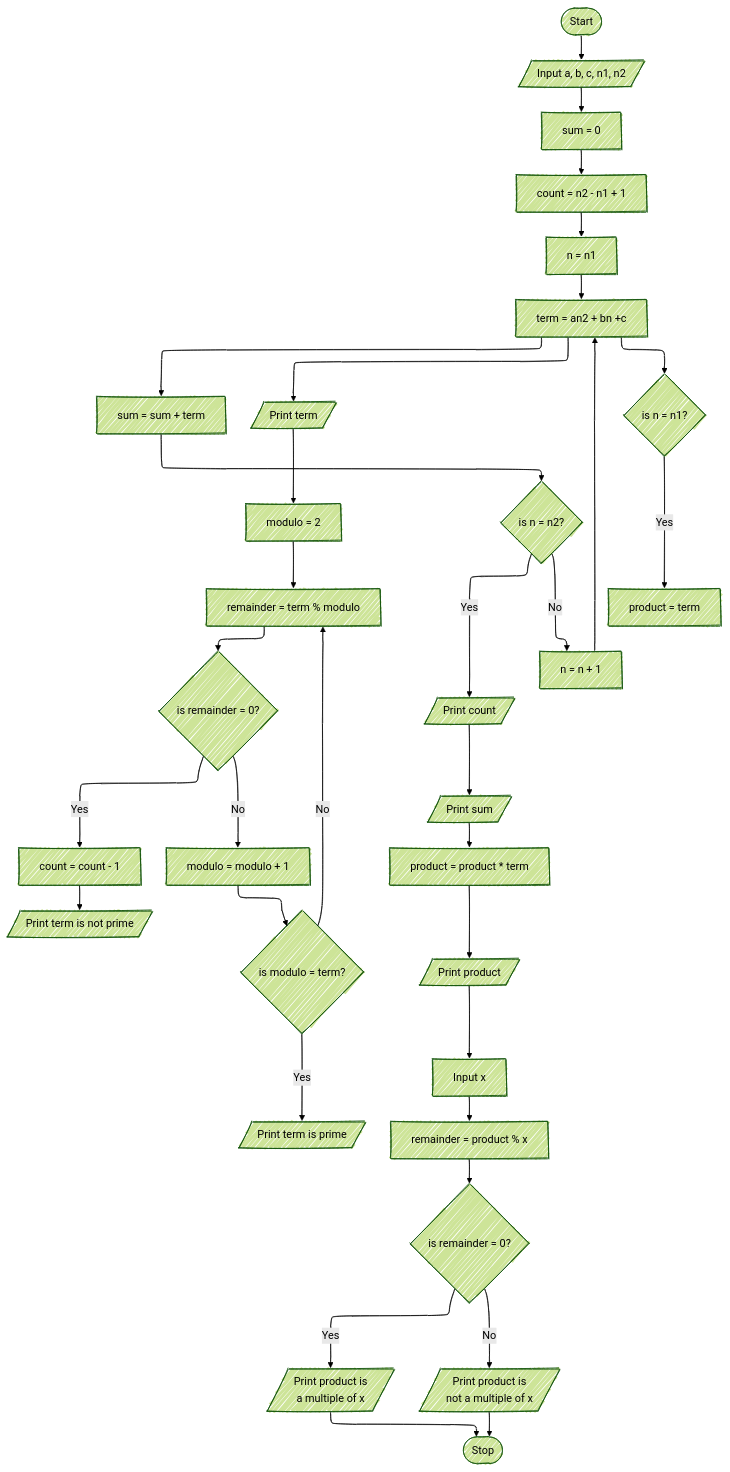
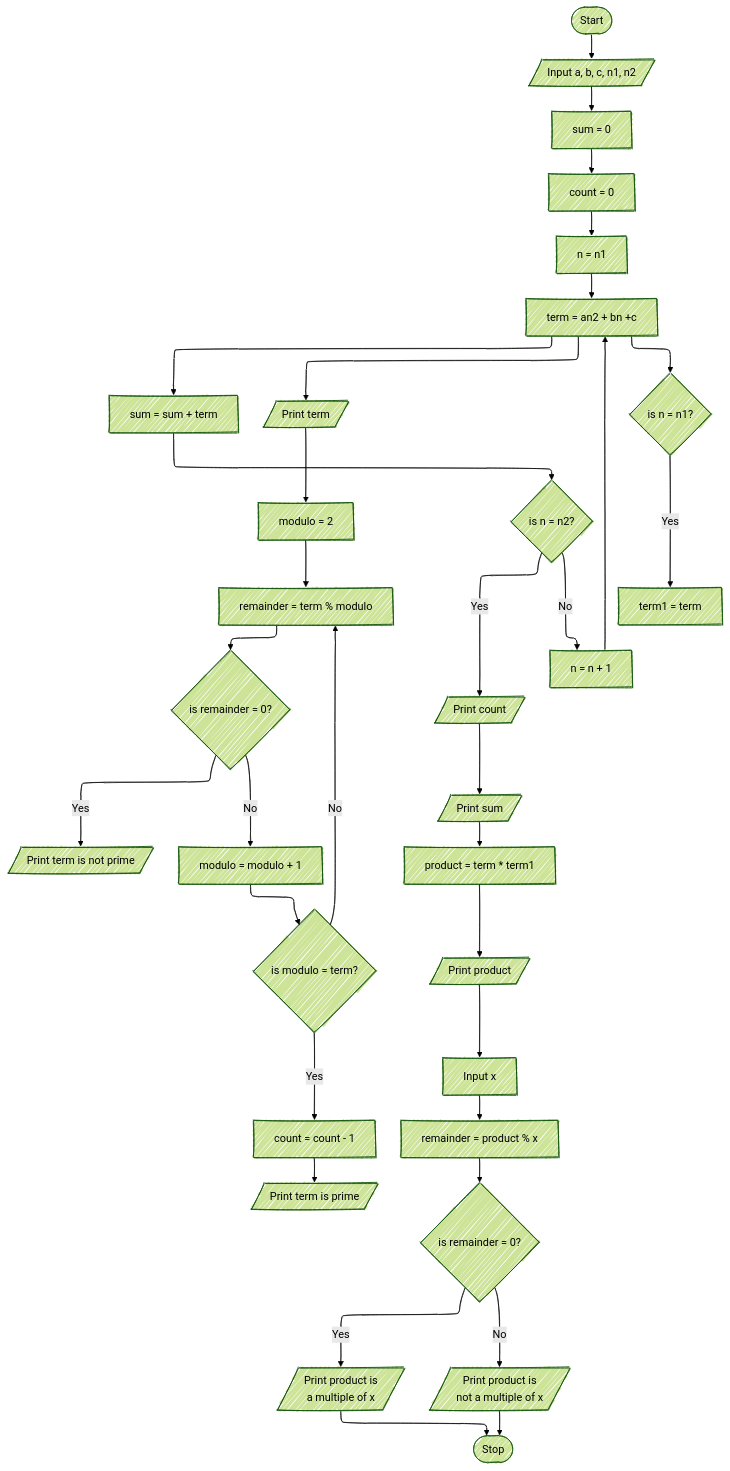
Before and after one commit to gtugaw/comp1236project: the diagram in flowchart/task3.md, drawn with Mermaid.

Commit message:
updated flowchart to reflect code

````diff
--- a/flowchart/task3.md
+++ b/flowchart/task3.md
@@ -3,60 +3,60 @@
 ```mermaid
 ---
 config:
   theme: forest
   look: handDrawn
   layout: elk
 ---
 flowchart TB
     A([Start])
     A-->B[/Input a, b, c, n1, n2/]
     B-->C[sum = 0]
 
 
     CC-->D[n = n1]
     D-->E[term = an2 + bn +c]
     E-->F[sum = sum + term]
     E-->G[/Print term/]
 
-    C-->CC[count = n2 - n1 + 1]
+    C-->CC[count = 0]
     G-->GF[modulo = 2]
     GF-->GH[remainder = term % modulo]
     GH-->GI{is remainder = 0?}
-    GJ-->GK[/Print term is not prime/]
-    GI--Yes-->GJ[count = count - 1]
+    GI--Yes-->GK[/Print term is not prime/]
+    GM--Yes-->GJ[count = count - 1]
 
     GI--Noo-->GL[modulo = modulo + 1]
     GL-->GM{is modulo = term?}
-    GM--Yes-->GN[/Print term is prime/]
+    GJ-->GN[/Print term is prime/]
 
     GM--Noo-->GH
 
 
 
 
 
     F-->H{is n = n2?}
 
     H--Yes-->GO[/Print count/]
 
     H--Noo-->I[n = n + 1]
     I-->E
-    J-->K[product = product * term]
+    J-->K[product = term * term1]
     K-->L[/Print product/]
     GO-->J[/Print sum/]
     
 
     E-->N{is n = n1?}
-    N--Yes-->P[product = term]
+    N--Yes-->P[term1 = term]
 
     L-->Q[Input x]
     Q-->R[remainder = product % x]
     R-->S{is remainder = 0?}
     S--Yes-->T[/Print product is 
     a multiple of x/]
     S--Noo-->U[/Print product is 
     not a multiple of x/]
 
     T-->V([Stop])
     U-->V
 ```
````
